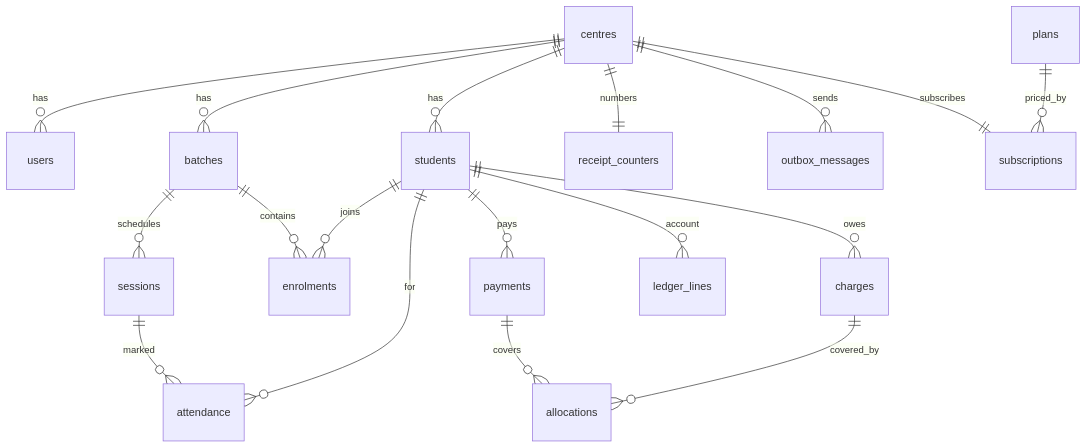
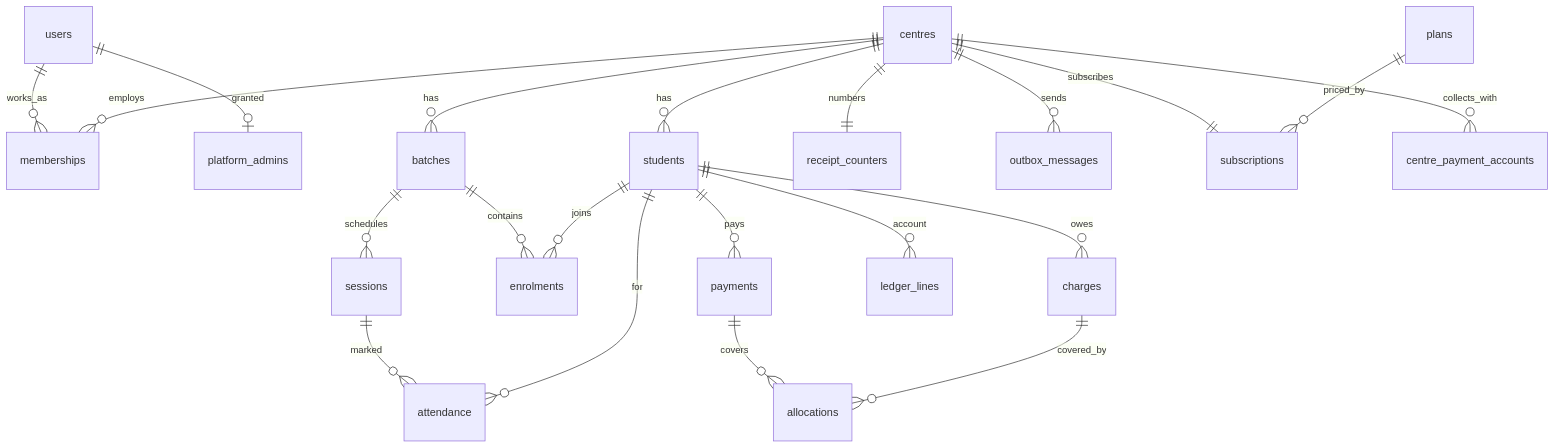
Before and after one commit to kumarprince06/tuition-ledger: the diagram in docs/05-data-model.md, drawn with Mermaid. The commit also changed other lines of this file and 15 other files, not shown here.

First line of the commit message:
Split users and memberships, build tenancy before auth, settle fees to centre accounts

````diff
--- a/docs/05-data-model.md
+++ b/docs/05-data-model.md
@@ -5,20 +5,23 @@
 ```mermaid
 erDiagram
-  centres ||--o{ users : has
+  users ||--o{ memberships : works_as
+  centres ||--o{ memberships : employs
+  users ||--o| platform_admins : granted
   centres ||--o{ batches : has
   centres ||--o{ students : has
   batches ||--o{ sessions : schedules
   batches ||--o{ enrolments : contains
   students ||--o{ enrolments : joins
   sessions ||--o{ attendance : marked
   students ||--o{ attendance : for
   students ||--o{ charges : owes
   students ||--o{ payments : pays
   payments ||--o{ allocations : covers
   charges ||--o{ allocations : covered_by
   students ||--o{ ledger_lines : account
   centres ||--|| receipt_counters : numbers
   centres ||--o{ outbox_messages : sends
   centres ||--|| subscriptions : subscribes
   plans ||--o{ subscriptions : priced_by
+  centres ||--o{ centre_payment_accounts : collects_with
 ```
````
